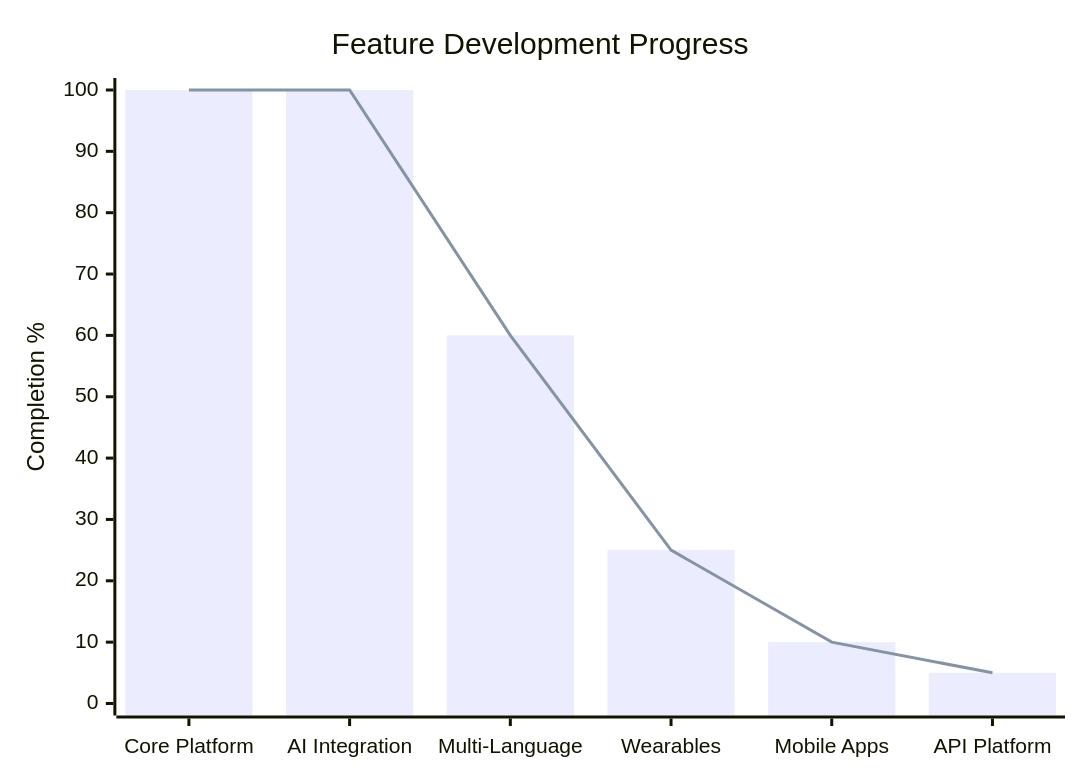
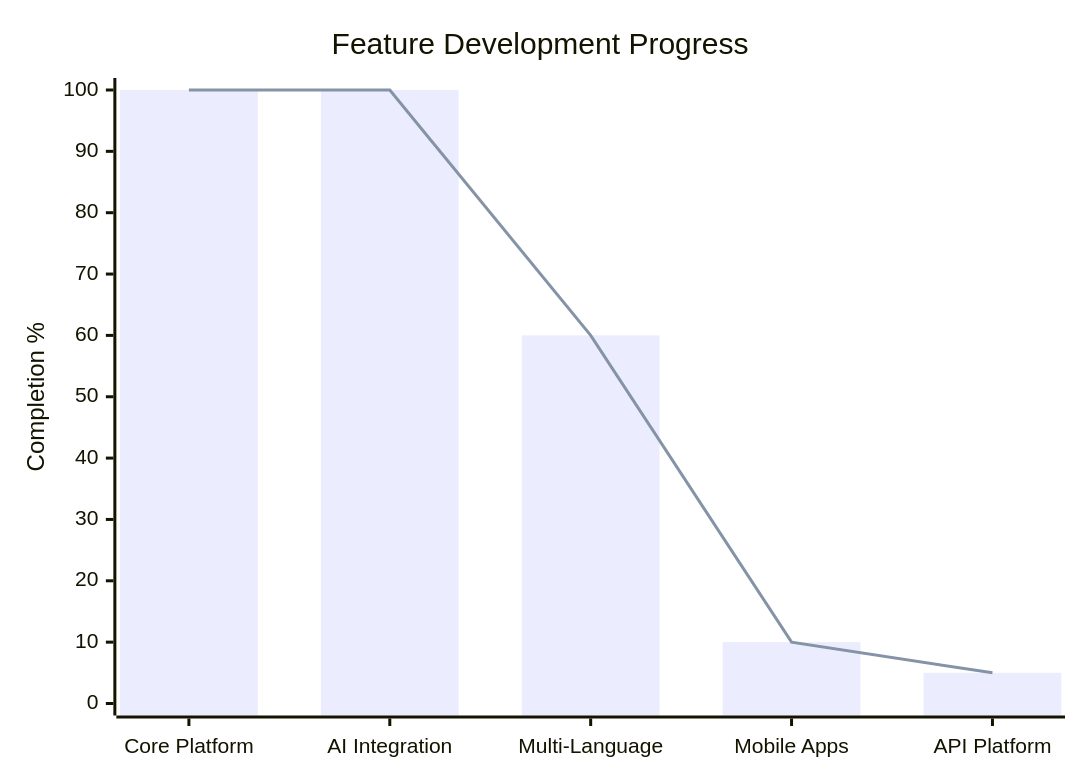
Before and after one commit to Iceman-Dann/Medly: the ninth of 13 diagrams in README.md, drawn with Mermaid. The commit also changed other lines of this file, not shown here.

Commit message:
Create high-quality charts with darker colors and judge-focused explanations

````diff
--- a/README.md
+++ b/README.md
@@ -219,8 +150,8 @@
 ```mermaid
 xychart-beta
     title "Feature Development Progress"
-    x-axis ["Core Platform", "AI Integration", "Multi-Language", "Wearables", "Mobile Apps", "API Platform"]
+    x-axis ["Core Platform", "AI Integration", "Multi-Language", "Mobile Apps", "API Platform"]
     y-axis "Completion %" 0 --> 100
-    bar [100, 100, 60, 25, 10, 5]
-    line [100, 100, 60, 25, 10, 5]
+    bar [100, 100, 60, 10, 5]
+    line [100, 100, 60, 10, 5]
 ```
````
